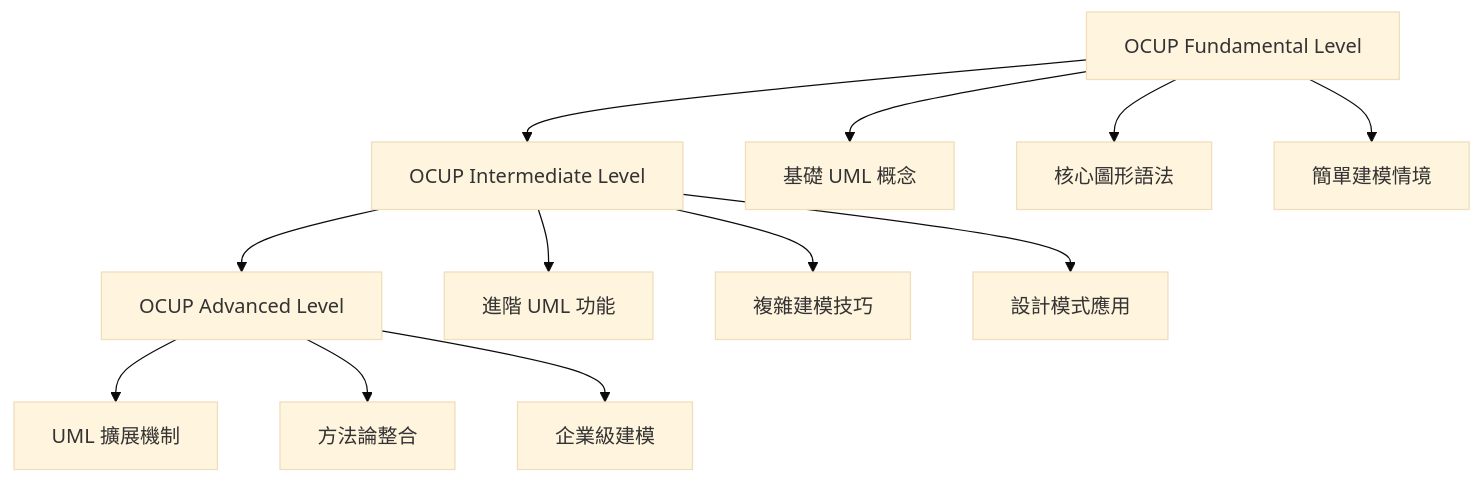
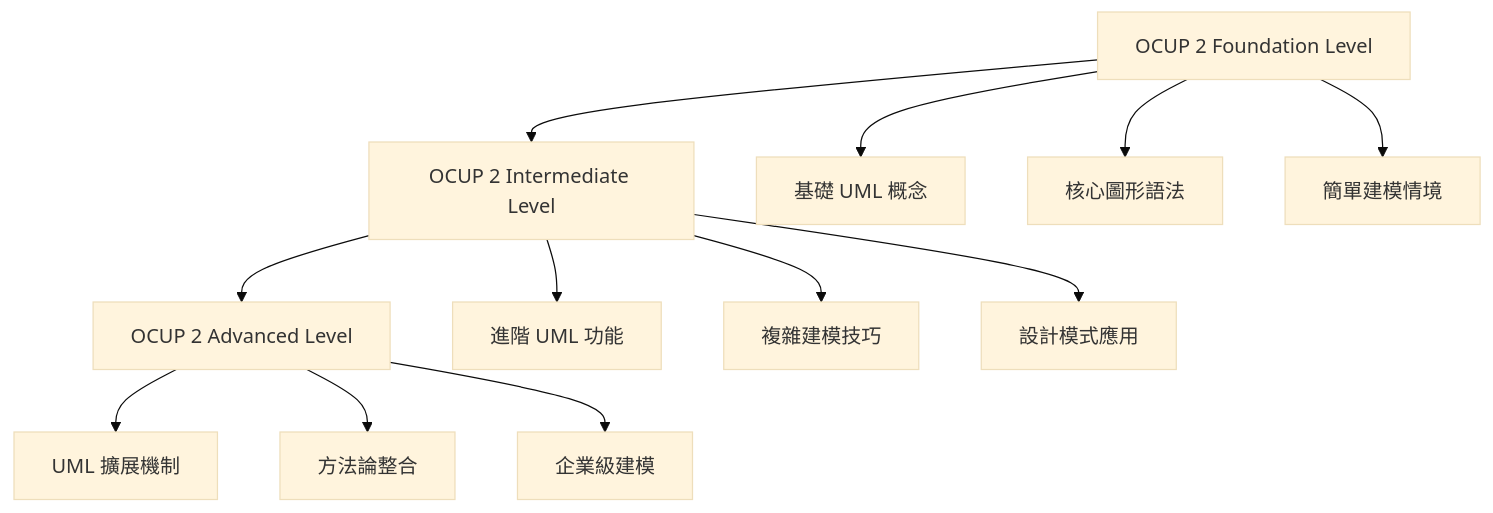
Diagram 33 of 49 in content/posts/教學/分析與設計/物件導向分析與設計 (OOAD) 教學.md (chihhung/Blog), drawn with Mermaid (base theme) before and after one commit. The commit also changed other lines of this file, not shown here.

````diff
--- a/content/posts/教學/分析與設計/物件導向分析與設計 (OOAD) 教學.md
+++ b/content/posts/教學/分析與設計/物件導向分析與設計 (OOAD) 教學.md
@@ -5776,17 +4701,17 @@
 ```mermaid
 graph TD
-    A[OCUP Fundamental Level] --> B[OCUP Intermediate Level]
-    B --> C[OCUP Advanced Level]
+    A[OCUP 2 Foundation Level] --> B[OCUP 2 Intermediate Level]
+    B --> C[OCUP 2 Advanced Level]
     
     A --> A1[基礎 UML 概念]
     A --> A2[核心圖形語法]
     A --> A3[簡單建模情境]
     
     B --> B1[進階 UML 功能]
     B --> B2[複雜建模技巧]
     B --> B3[設計模式應用]
     
     C --> C1[UML 擴展機制]
     C --> C2[方法論整合]
     C --> C3[企業級建模]
 ```
````
